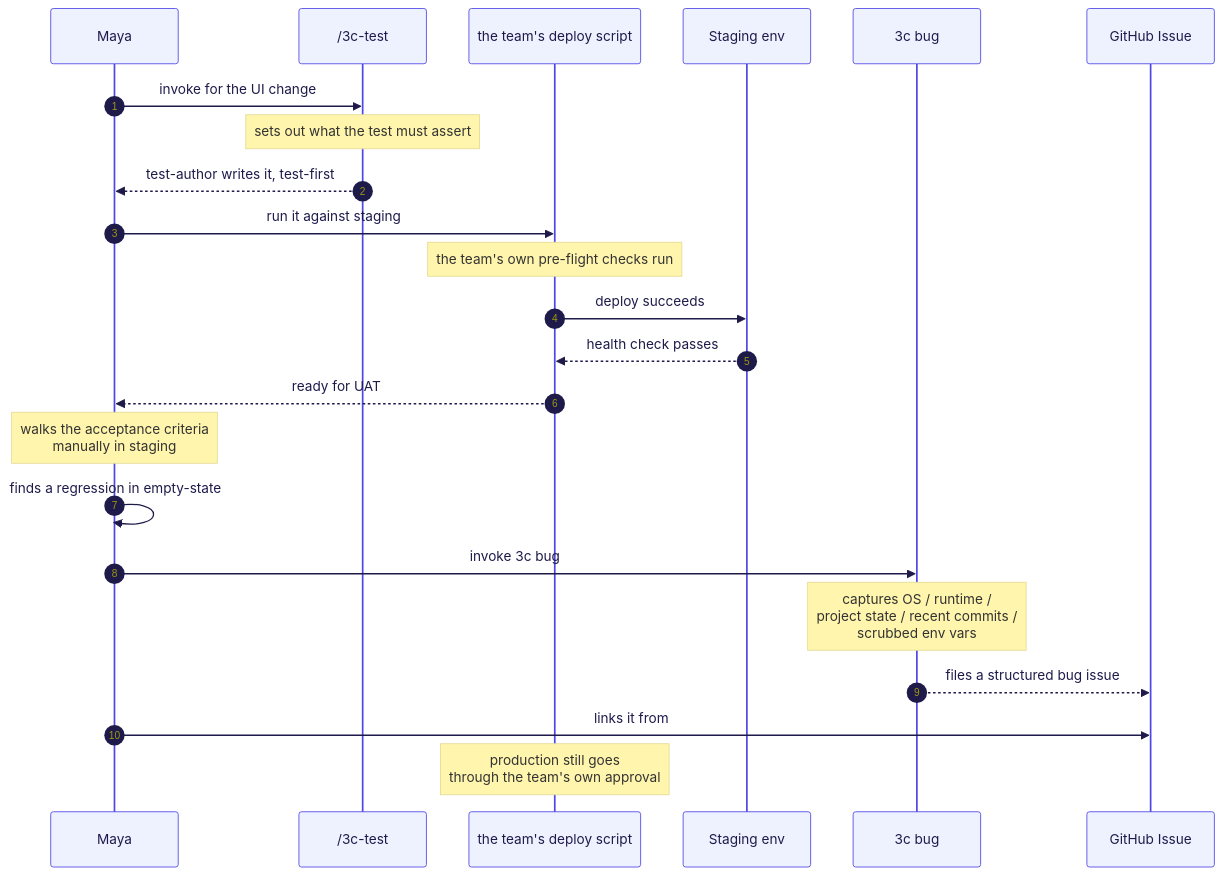
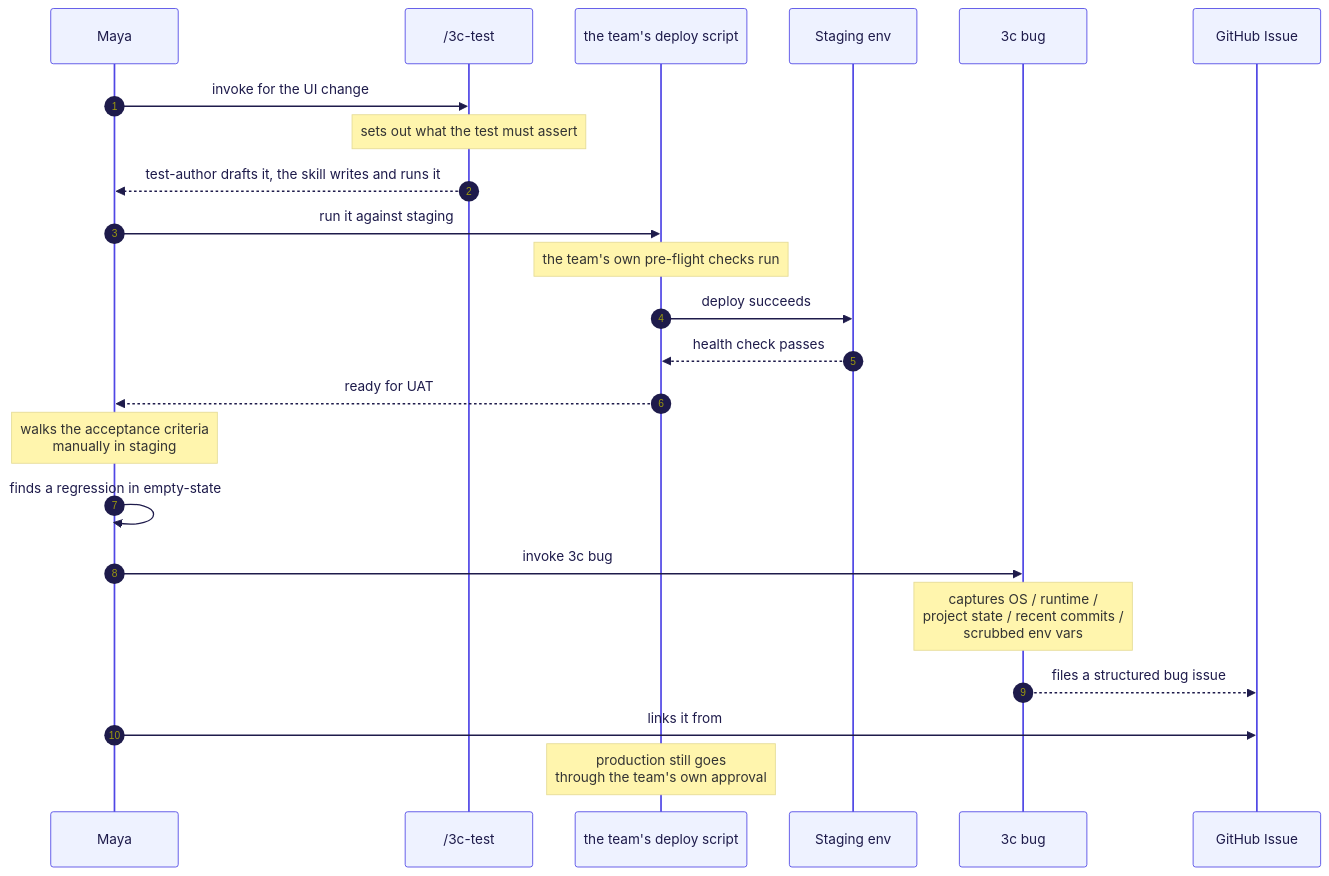
Before and after one commit to kgn-git/3C: the diagram in infographic/diagrams/l-uat.mmd, drawn with Mermaid. The commit also changed 47 other files, not shown here.

```diff
--- a/infographic/diagrams/l-uat.mmd
+++ b/infographic/diagrams/l-uat.mmd
@@ -1,29 +1,29 @@
 %%{init: {'theme':'base','themeVariables':{'primaryColor':'#EEF2FF','primaryTextColor':'#1E1B4B','primaryBorderColor':'#4F46E5','lineColor':'#6366F1','fontFamily':'Inter, sans-serif','fontSize':'16px'}}}%%
 sequenceDiagram
     autonumber
     participant Maya as Maya
     participant Test as /3c-test
     participant Deploy as the team's deploy script
     participant Stage as Staging env
     participant Bug as 3c bug
     participant Issue as GitHub Issue
 
     Maya->>Test: invoke for the UI change
     Note over Test: sets out what the test must assert
-    Test-->>Maya: test-author writes it, test-first
+    Test-->>Maya: test-author drafts it, the skill writes and runs it
 
     Maya->>Deploy: run it against staging
     Note over Deploy: the team's own pre-flight checks run
     Deploy->>Stage: deploy succeeds
     Stage-->>Deploy: health check passes
     Deploy-->>Maya: ready for UAT
 
     Note over Maya: walks the acceptance criteria<br/>manually in staging
     Maya->>Maya: finds a regression in empty-state
 
     Maya->>Bug: invoke 3c bug
     Note over Bug: captures OS / runtime /<br/>project state / recent commits /<br/>scrubbed env vars
     Bug-->>Issue: files a structured bug issue
     Maya->>Issue: links it from #1287
 
     Note over Deploy: production still goes<br/>through the team's own approval
```
